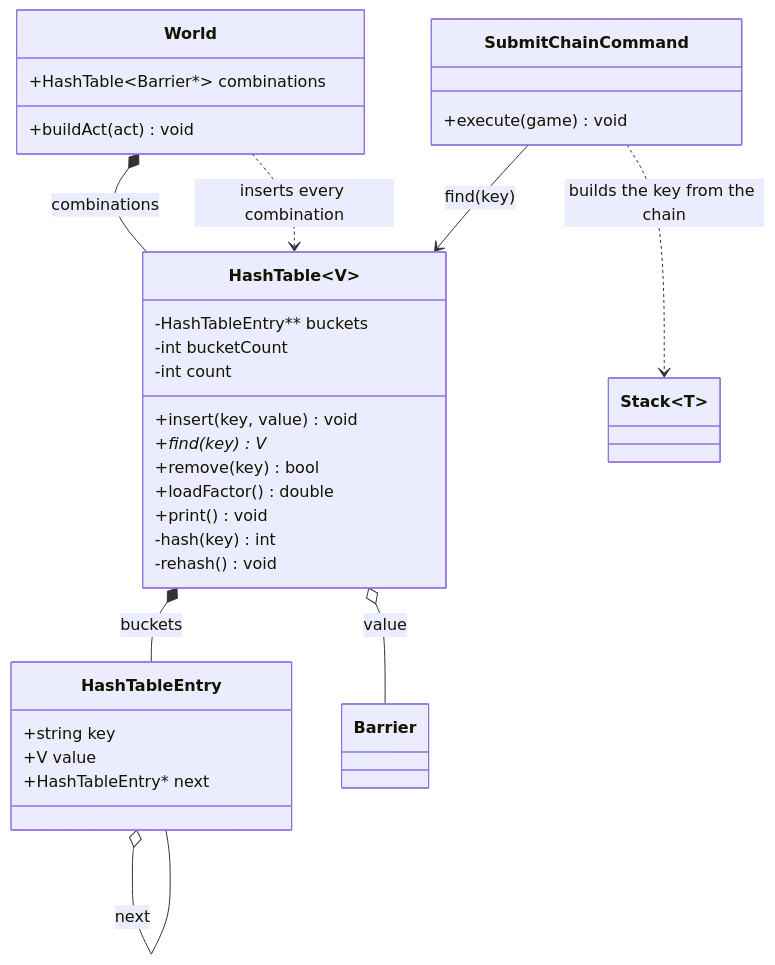
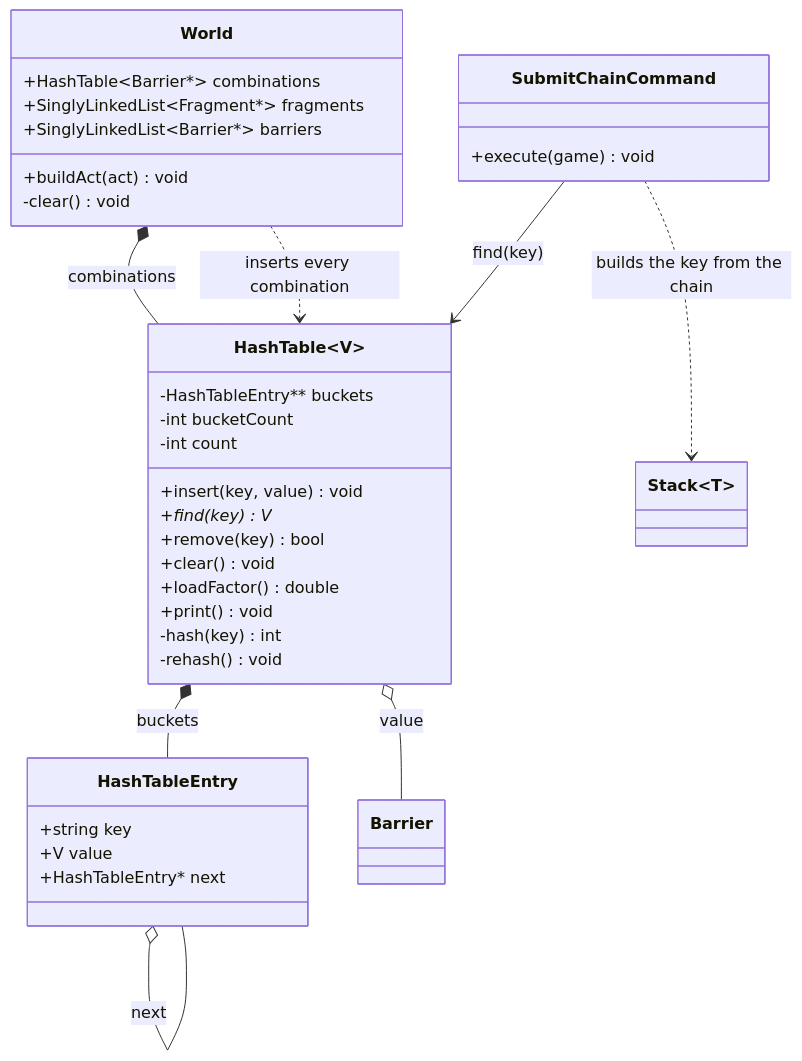
The fourth of 11 diagrams in docs/class_diagram.md (Lawrensu/Deviant), drawn with Mermaid before and after one commit. The commit also changed other lines of this file and 16 other files, not shown here.

````diff
--- a/docs/class_diagram.md
+++ b/docs/class_diagram.md
@@ -157,37 +161,41 @@
 ```mermaid
 classDiagram
     class HashTable~V~ {
         -HashTableEntry** buckets
         -int bucketCount
         -int count
         +insert(key, value) void
         +find(key) V*
         +remove(key) bool
+        +clear() void
         +loadFactor() double
         +print() void
         -hash(key) int
         -rehash() void
     }
     class HashTableEntry {
         +string key
         +V value
         +HashTableEntry* next
     }
     class World {
         +HashTable~Barrier*~ combinations
+        +SinglyLinkedList~Fragment*~ fragments
+        +SinglyLinkedList~Barrier*~ barriers
         +buildAct(act) void
+        -clear() void
     }
     class SubmitChainCommand {
         +execute(game) void
     }
     class Barrier
     class Stack~T~
 
     HashTable *-- HashTableEntry : buckets
     HashTableEntry o-- HashTableEntry : next
     World *-- HashTable : combinations
     World ..> HashTable : inserts every combination
     SubmitChainCommand ..> Stack : builds the key from the chain
     SubmitChainCommand --> HashTable : find(key)
     HashTable o-- Barrier : value
 ```
````
